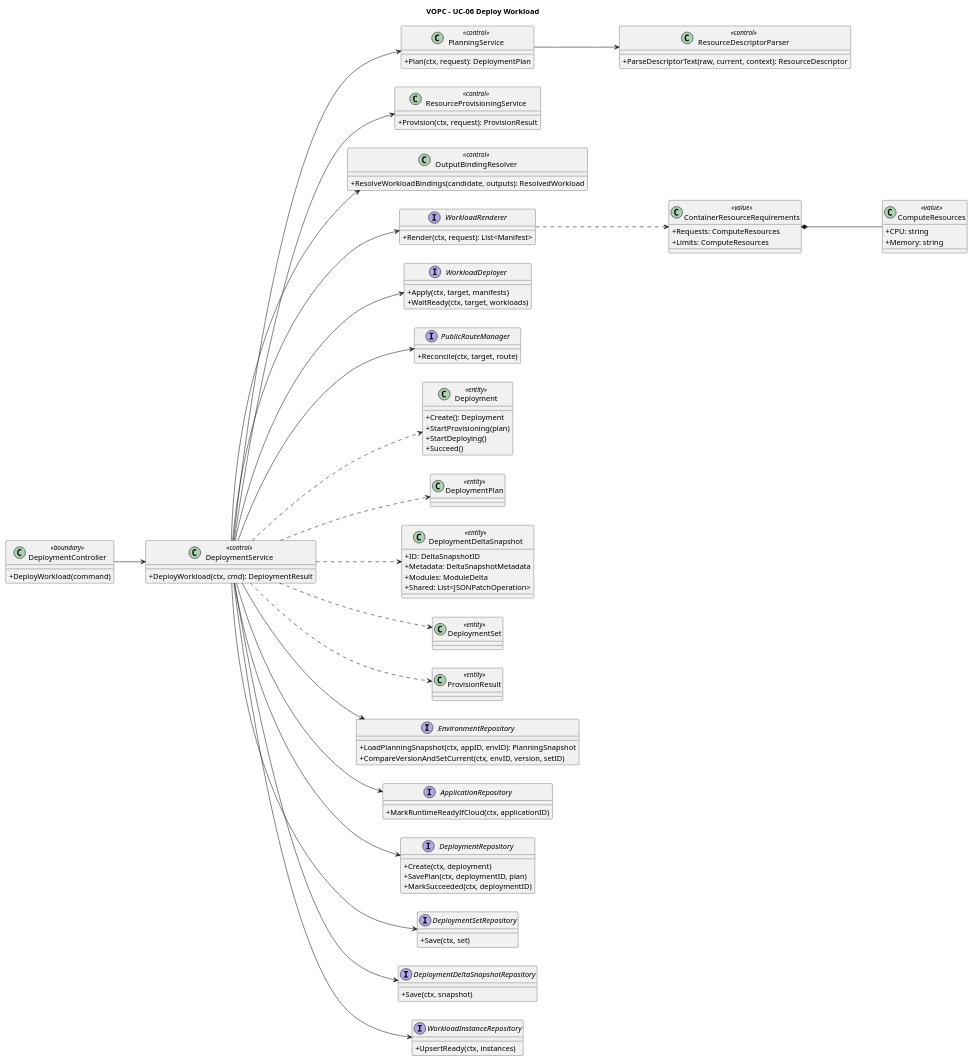
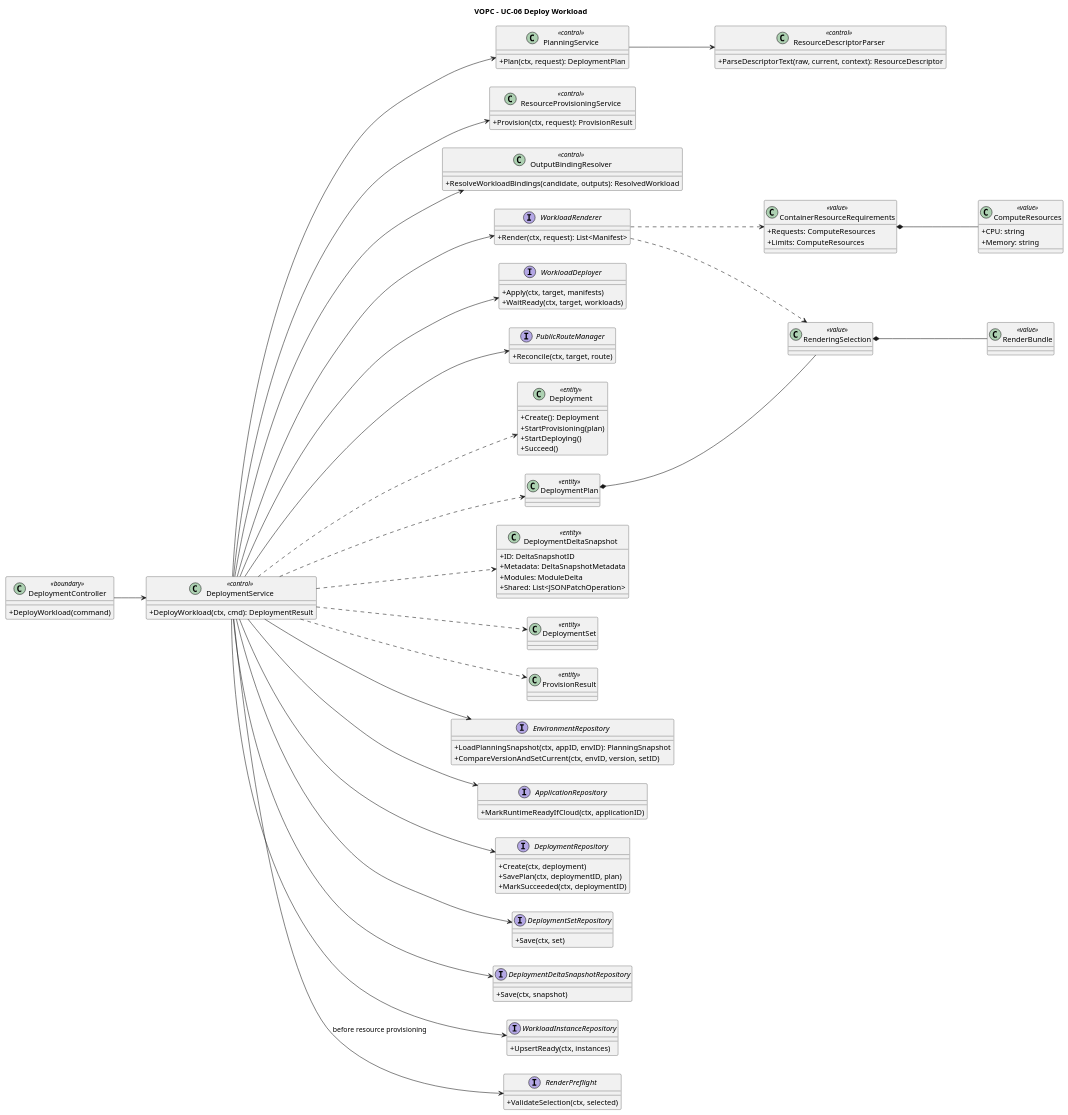
Before and after one commit to pr3s3nt/poc: the diagram in orchestrator_docs/usecase/UC-06/vopc.puml, drawn with PlantUML. The commit also changed 80 other files, not shown here.

Commit message:
feat: integrate definition-selected score-k8s workload rendering

```diff
--- a/orchestrator_docs/usecase/UC-06/vopc.puml
+++ b/orchestrator_docs/usecase/UC-06/vopc.puml
@@ -1,98 +1,107 @@
 @startuml
 title VOPC - UC-06 Deploy Workload
 left to right direction
 skinparam classAttributeIconSize 0
 class DeploymentController <<boundary>> {
   +DeployWorkload(command)
 }
 class DeploymentService <<control>> {
   +DeployWorkload(ctx, cmd): DeploymentResult
 }
 class PlanningService <<control>> {
   +Plan(ctx, request): DeploymentPlan
 }
 class ResourceDescriptorParser <<control>> {
   +ParseDescriptorText(raw, current, context): ResourceDescriptor
 }
 class ResourceProvisioningService <<control>> {
   +Provision(ctx, request): ProvisionResult
 }
 class OutputBindingResolver <<control>> {
   +ResolveWorkloadBindings(candidate, outputs): ResolvedWorkload
 }
 interface WorkloadRenderer {
   +Render(ctx, request): List<Manifest>
 }
 interface WorkloadDeployer {
   +Apply(ctx, target, manifests)
   +WaitReady(ctx, target, workloads)
 }
 interface PublicRouteManager {
   +Reconcile(ctx, target, route)
 }
 class Deployment <<entity>> {
   +Create(): Deployment
   +StartProvisioning(plan)
   +StartDeploying()
   +Succeed()
 }
 class DeploymentPlan <<entity>>
 class DeploymentDeltaSnapshot <<entity>> {
   +ID: DeltaSnapshotID
   +Metadata: DeltaSnapshotMetadata
   +Modules: ModuleDelta
   +Shared: List<JSONPatchOperation>
 }
 class DeploymentSet <<entity>>
 class ContainerResourceRequirements <<value>> {
   +Requests: ComputeResources
   +Limits: ComputeResources
 }
 class ComputeResources <<value>> {
   +CPU: string
   +Memory: string
 }
 class ProvisionResult <<entity>>
 interface EnvironmentRepository {
   +LoadPlanningSnapshot(ctx, appID, envID): PlanningSnapshot
   +CompareVersionAndSetCurrent(ctx, envID, version, setID)
 }
 interface ApplicationRepository {
   +MarkRuntimeReadyIfCloud(ctx, applicationID)
 }
 interface DeploymentRepository {
   +Create(ctx, deployment)
   +SavePlan(ctx, deploymentID, plan)
   +MarkSucceeded(ctx, deploymentID)
 }
 interface DeploymentSetRepository {
   +Save(ctx, set)
 }
 interface DeploymentDeltaSnapshotRepository {
   +Save(ctx, snapshot)
 }
 interface WorkloadInstanceRepository {
   +UpsertReady(ctx, instances)
 }
 DeploymentController --> DeploymentService
 DeploymentService --> PlanningService
 PlanningService --> ResourceDescriptorParser
 DeploymentService --> ResourceProvisioningService
 DeploymentService --> OutputBindingResolver
 DeploymentService --> WorkloadRenderer
 DeploymentService --> WorkloadDeployer
 DeploymentService --> PublicRouteManager
 DeploymentService --> EnvironmentRepository
 DeploymentService --> ApplicationRepository
 DeploymentService --> DeploymentRepository
 DeploymentService --> DeploymentSetRepository
 DeploymentService --> DeploymentDeltaSnapshotRepository
 DeploymentService --> WorkloadInstanceRepository
 DeploymentService ..> Deployment
 DeploymentService ..> DeploymentPlan
 DeploymentService ..> DeploymentDeltaSnapshot
 DeploymentService ..> DeploymentSet
 DeploymentService ..> ProvisionResult
 WorkloadRenderer ..> ContainerResourceRequirements
 ContainerResourceRequirements *-- ComputeResources
+class RenderBundle <<value>>
+class RenderingSelection <<value>>
+interface RenderPreflight {
+  +ValidateSelection(ctx, selected)
+}
+DeploymentService --> RenderPreflight : before resource provisioning
+DeploymentPlan *-- RenderingSelection
+RenderingSelection *-- RenderBundle
+WorkloadRenderer ..> RenderingSelection
 @enduml
```
